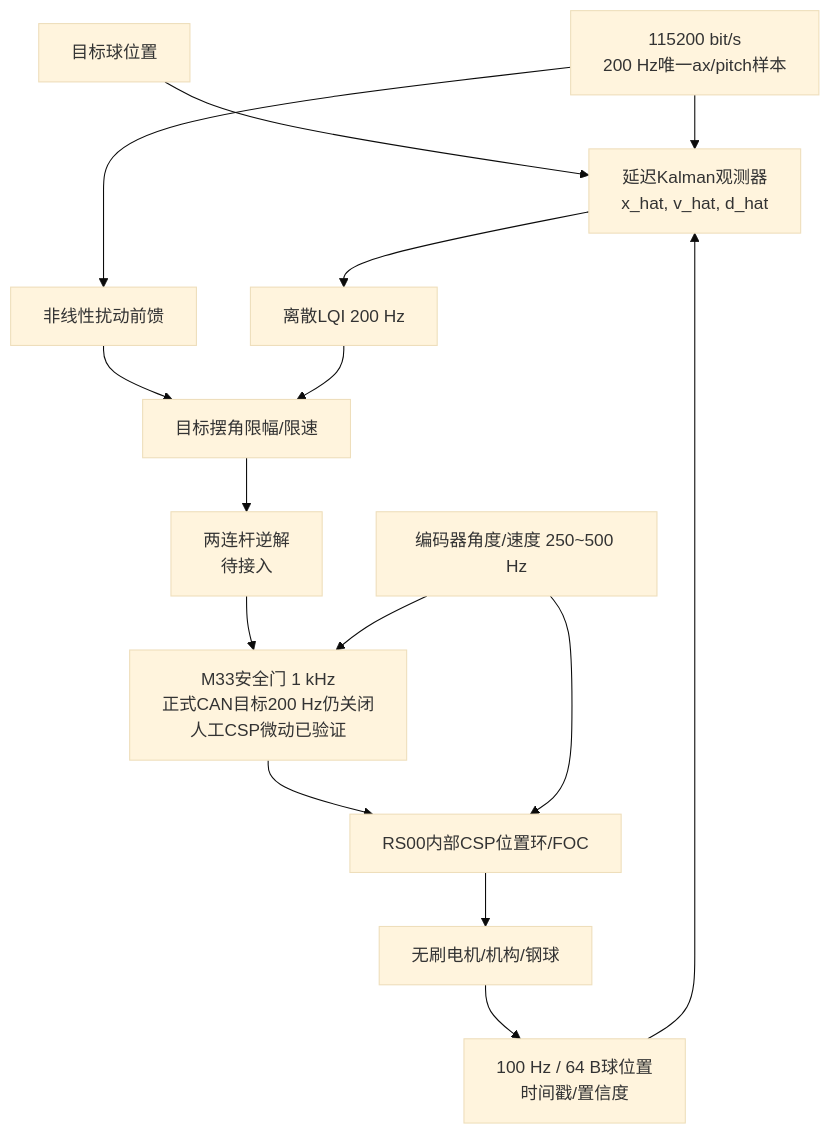
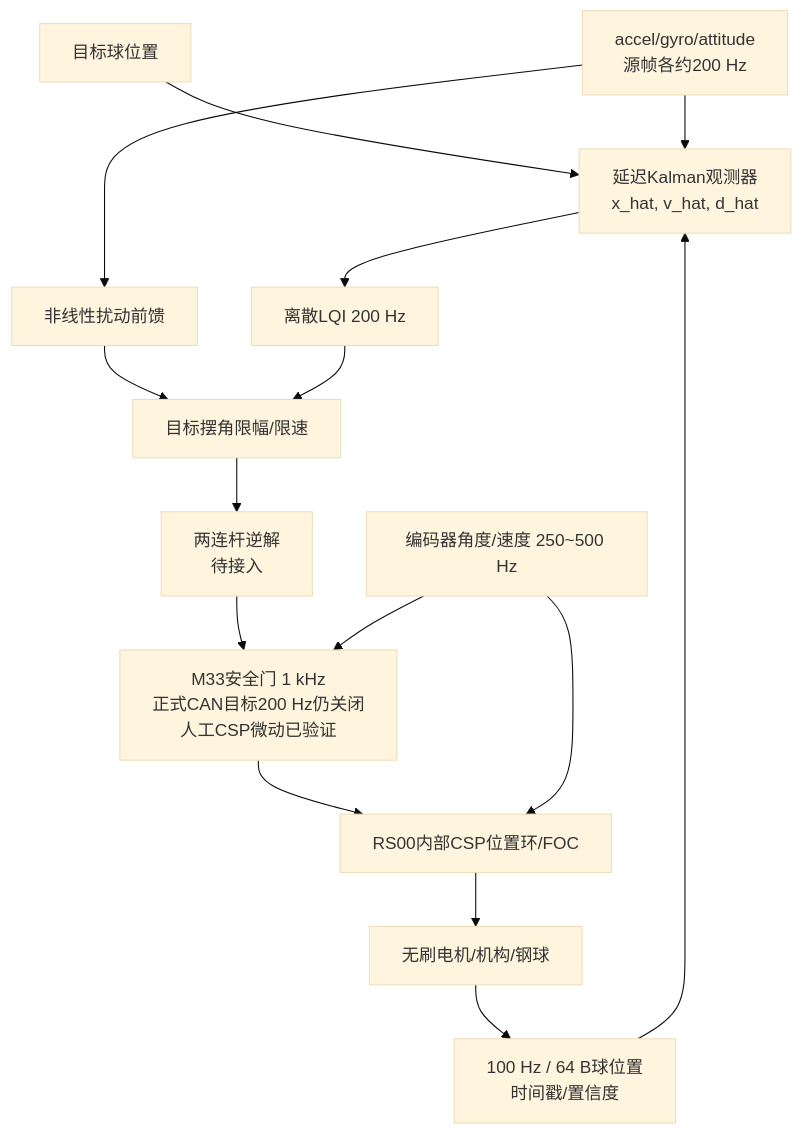
One commit to HalloYang06/2026_TI changed the diagram in docs/architecture/system-overview.md. Above: the diagram before and after it, drawn with Mermaid (base theme). The commit also changed other lines of this file and 8 other files, not shown here.

````diff
--- a/docs/architecture/system-overview.md
+++ b/docs/architecture/system-overview.md
@@ -62,17 +60,17 @@
 ```mermaid
 flowchart TD
     R["目标球位置"] --> O["延迟Kalman观测器<br/>x_hat, v_hat, d_hat"]
     V["100 Hz / 64 B球位置<br/>时间戳/置信度"] --> O
-    I["115200 bit/s<br/>200 Hz唯一ax/pitch样本"] --> O
+    I["accel/gyro/attitude<br/>源帧各约200 Hz"] --> O
     I --> F["非线性扰动前馈"]
     O --> L["离散LQI 200 Hz"]
     F --> S["目标摆角限幅/限速"]
     L --> S
     S --> K["两连杆逆解<br/>待接入"]
     K --> G["M33安全门 1 kHz<br/>正式CAN目标200 Hz仍关闭<br/>人工CSP微动已验证"]
     G --> A["RS00内部CSP位置环/FOC"]
     E["编码器角度/速度 250~500 Hz"] --> G
     E --> A
     A --> M["无刷电机/机构/钢球"]
     M --> V
 ```
````
